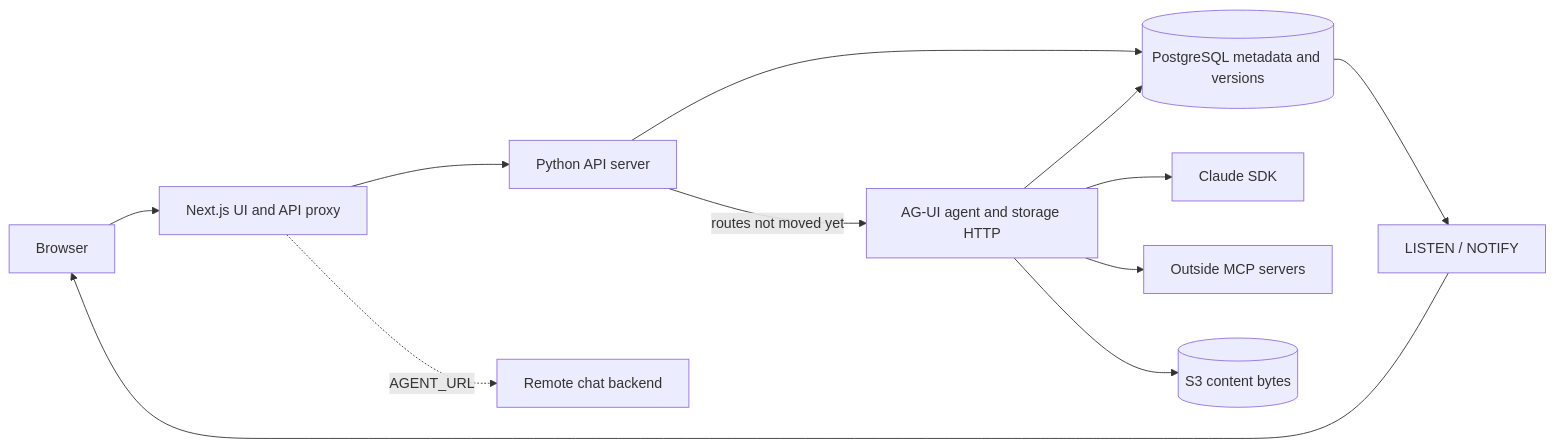
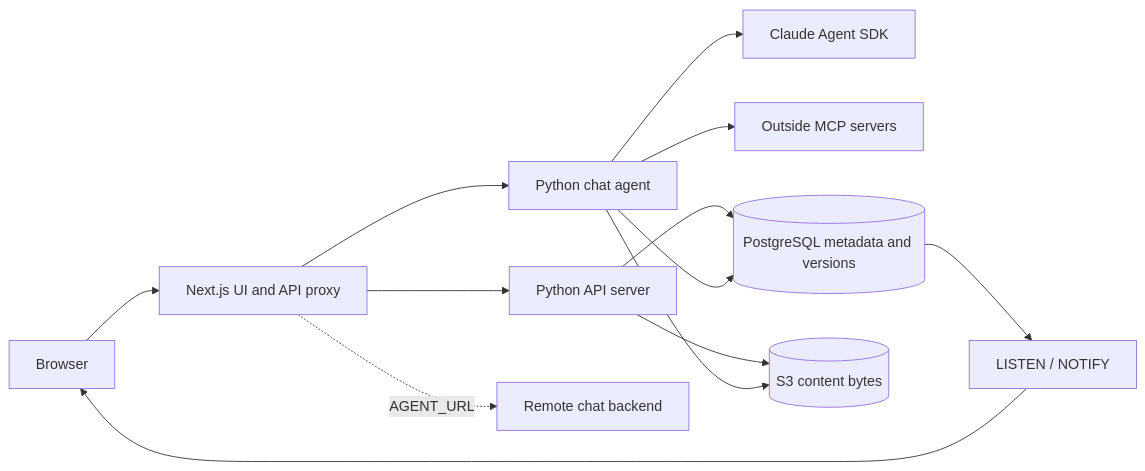
One commit to dnlintsm/knowledge-chatroom changed the diagram in docs/architecture.md. Above: the diagram before and after it, drawn with Mermaid. The commit also changed other lines of this file and 155 other files, not shown here.

````diff
--- a/docs/architecture.md
+++ b/docs/architecture.md
@@ -17,14 +16,15 @@
 ```mermaid
 flowchart LR
   Browser --> Next[Next.js UI and API proxy]
   Next --> Api[Python API server]
-  Api -->|routes not moved yet| Agent[AG-UI agent and storage HTTP]
-  Api --> PG
+  Next --> Agent[Python chat agent]
   Next -.->|AGENT_URL| Remote[Remote chat backend]
-  Agent --> Claude[Claude SDK]
+  Agent --> Claude[Claude Agent SDK]
   Agent --> MCP[Outside MCP servers]
-  Agent --> PG[(PostgreSQL metadata and versions)]
-  Agent --> S3[(S3 content bytes)]
+  Api --> PG[(PostgreSQL metadata and versions)]
+  Api --> S3[(S3 content bytes)]
+  Agent --> PG
+  Agent --> S3
   PG --> Events[LISTEN / NOTIFY]
   Events --> Browser
 ```
````
